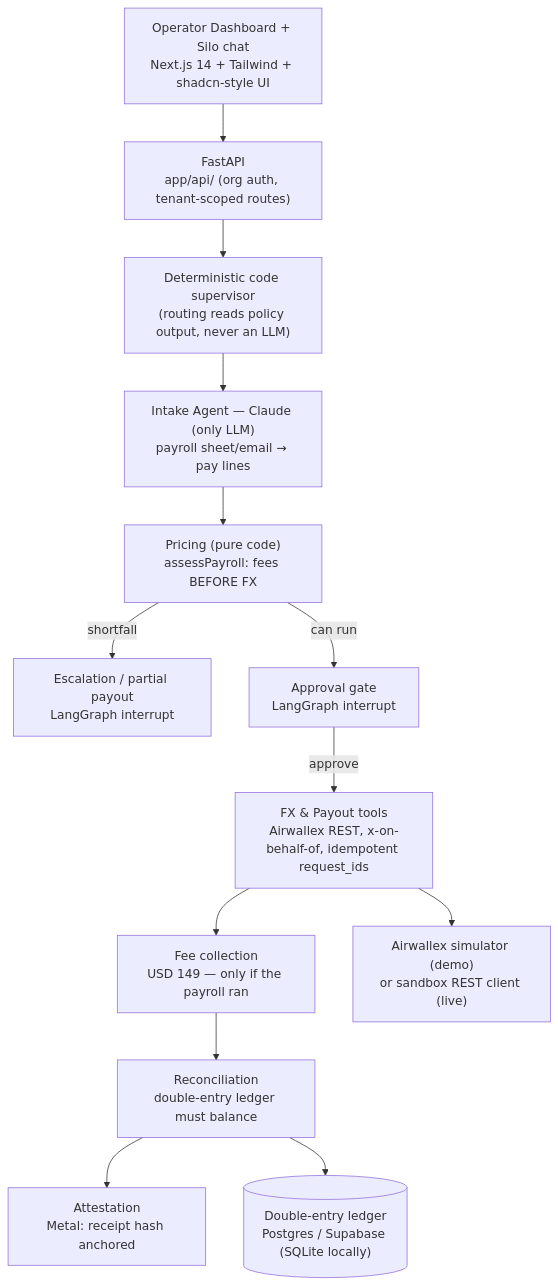
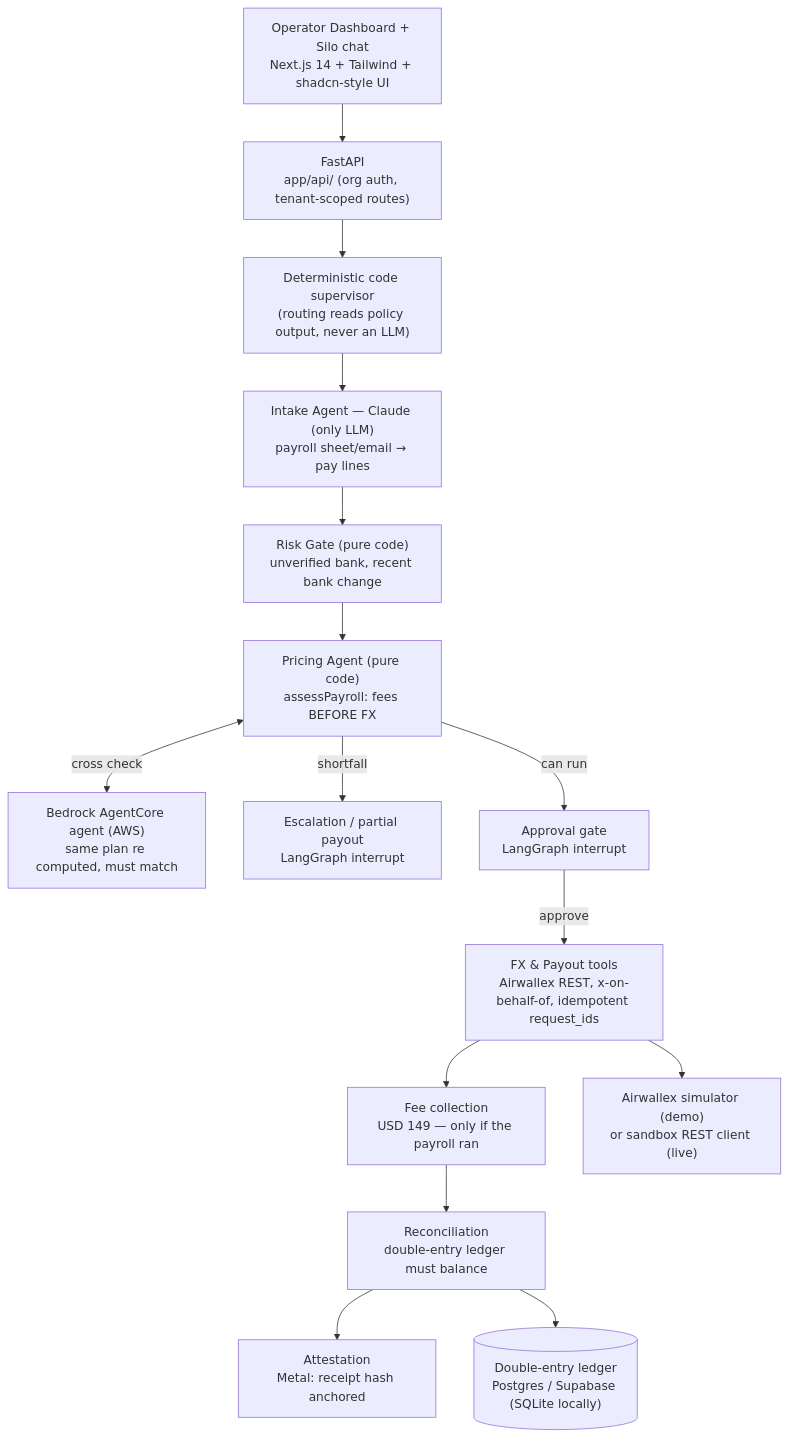
Before and after one commit to BEASTSHRIRAM/PaySilo: the first of 2 diagrams in README.md, drawn with Mermaid. The commit also changed other lines of this file, not shown here.

First line of the commit message:
docs(readme): lead with the Multi-Employer Payroll Executor problem statement and the agentic design

````diff
--- a/README.md
+++ b/README.md
@@ -47,24 +100,27 @@
 ```mermaid
 flowchart TD
     UI["Operator Dashboard + Silo chat<br/>Next.js 14 + Tailwind + shadcn-style UI"]
     API["FastAPI<br/>app/api/ (org auth, tenant-scoped routes)"]
     SUP["Deterministic code supervisor<br/>(routing reads policy output, never an LLM)"]
     INTAKE["Intake Agent — Claude (only LLM)<br/>payroll sheet/email → pay lines"]
-    PRICE["Pricing (pure code)<br/>assessPayroll: fees BEFORE FX"]
+    RISK["Risk Gate (pure code)<br/>unverified bank, recent bank change"]
+    PRICE["Pricing Agent (pure code)<br/>assessPayroll: fees BEFORE FX"]
+    BED["Bedrock AgentCore agent (AWS)<br/>same plan re computed, must match"]
     ESC["Escalation / partial payout<br/>LangGraph interrupt"]
     APPR["Approval gate<br/>LangGraph interrupt"]
     EXEC["FX & Payout tools<br/>Airwallex REST, x-on-behalf-of, idempotent request_ids"]
     FEE["Fee collection<br/>USD 149 — only if the payroll ran"]
     REC["Reconciliation<br/>double-entry ledger must balance"]
     ATT["Attestation<br/>Metal: receipt hash anchored"]
     SIM["Airwallex simulator (demo)<br/>or sandbox REST client (live)"]
     LED[("Double-entry ledger<br/>Postgres / Supabase (SQLite locally)")]
 
     UI --> API --> SUP
-    SUP --> INTAKE --> PRICE
+    SUP --> INTAKE --> RISK --> PRICE
+    PRICE <-->|cross check| BED
     PRICE -->|shortfall| ESC
     PRICE -->|can run| APPR
     APPR -->|approve| EXEC --> FEE --> REC --> ATT
     EXEC --> SIM
     REC --> LED
 ```
````
